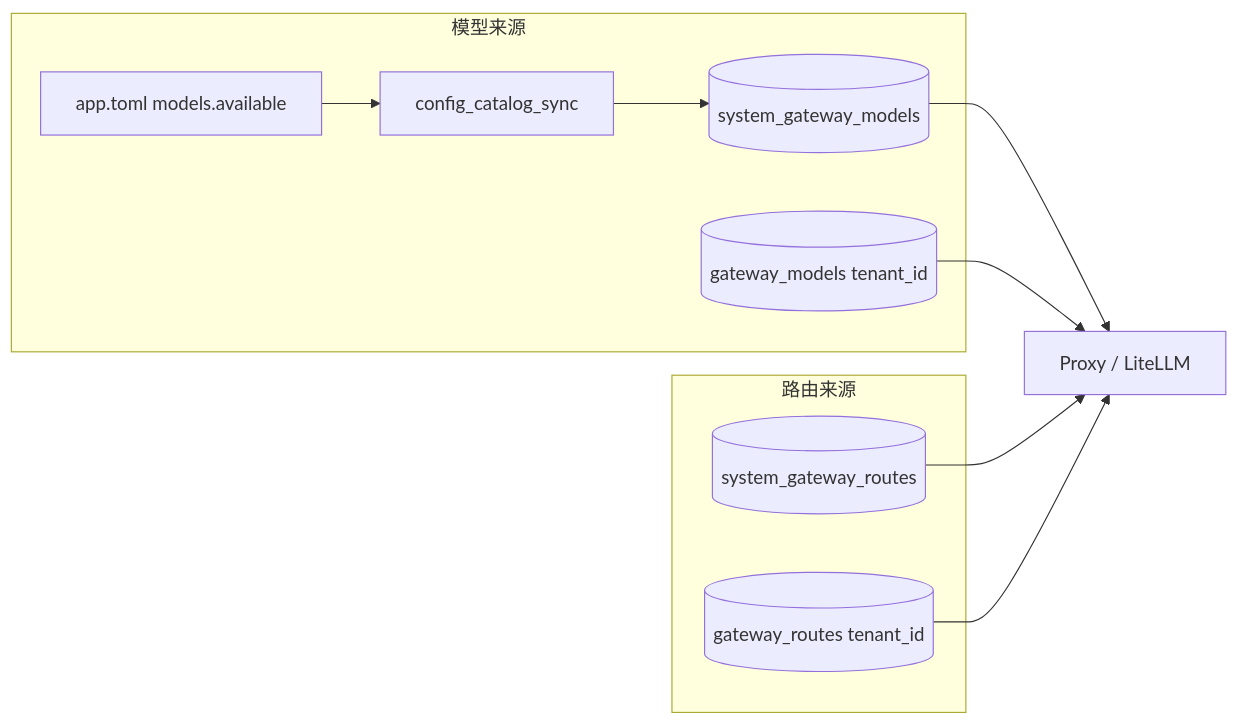
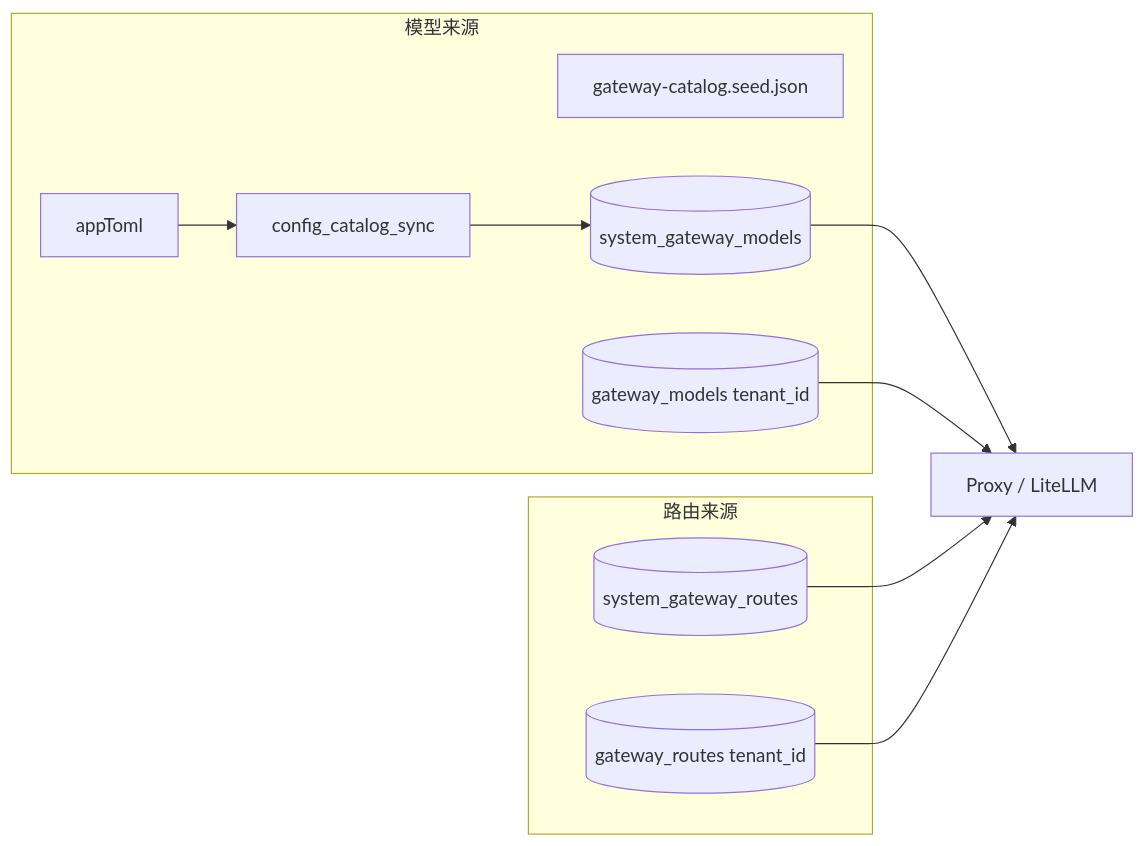
One commit to tianyehedashu/ai-agent changed the second of 2 diagrams in backend/docs/PERMISSION_SYSTEM_ARCHITECTURE.md. Above: the diagram before and after it, drawn with Mermaid. The commit also changed other lines of this file and 100 other files, not shown here.

````diff
--- a/backend/docs/PERMISSION_SYSTEM_ARCHITECTURE.md
+++ b/backend/docs/PERMISSION_SYSTEM_ARCHITECTURE.md
@@ -407,18 +407,18 @@
 ```mermaid
 flowchart LR
   subgraph sources [模型来源]
-    appToml[app.toml models.available]
+    seedJson[gateway-catalog.seed.json]
     sync[config_catalog_sync]
     dbGlobal[(system_gateway_models)]
     dbTeam[(gateway_models tenant_id)]
     appToml --> sync --> dbGlobal
   end
   subgraph routes_src [路由来源]
     dbRouteGlobal[(system_gateway_routes)]
     dbRouteTeam[(gateway_routes tenant_id)]
   end
   dbGlobal --> proxy[Proxy / LiteLLM]
   dbTeam --> proxy
   dbRouteGlobal --> proxy
   dbRouteTeam --> proxy
 ```
````
